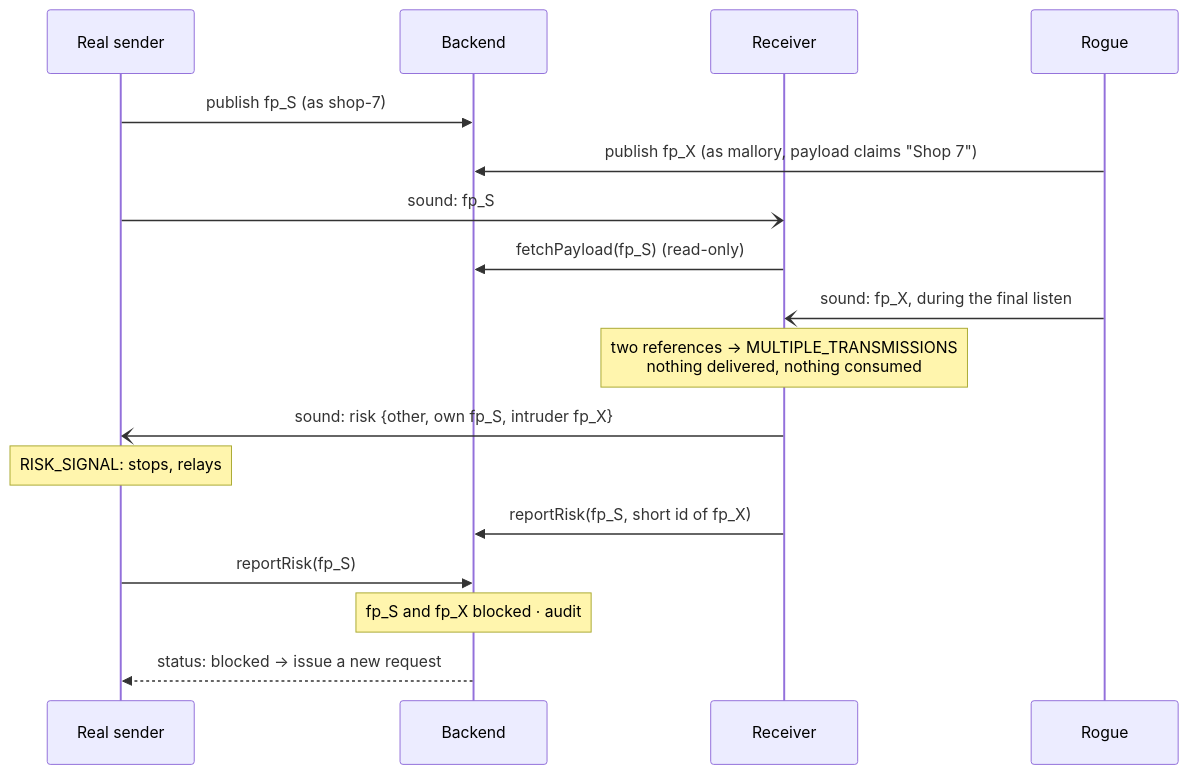
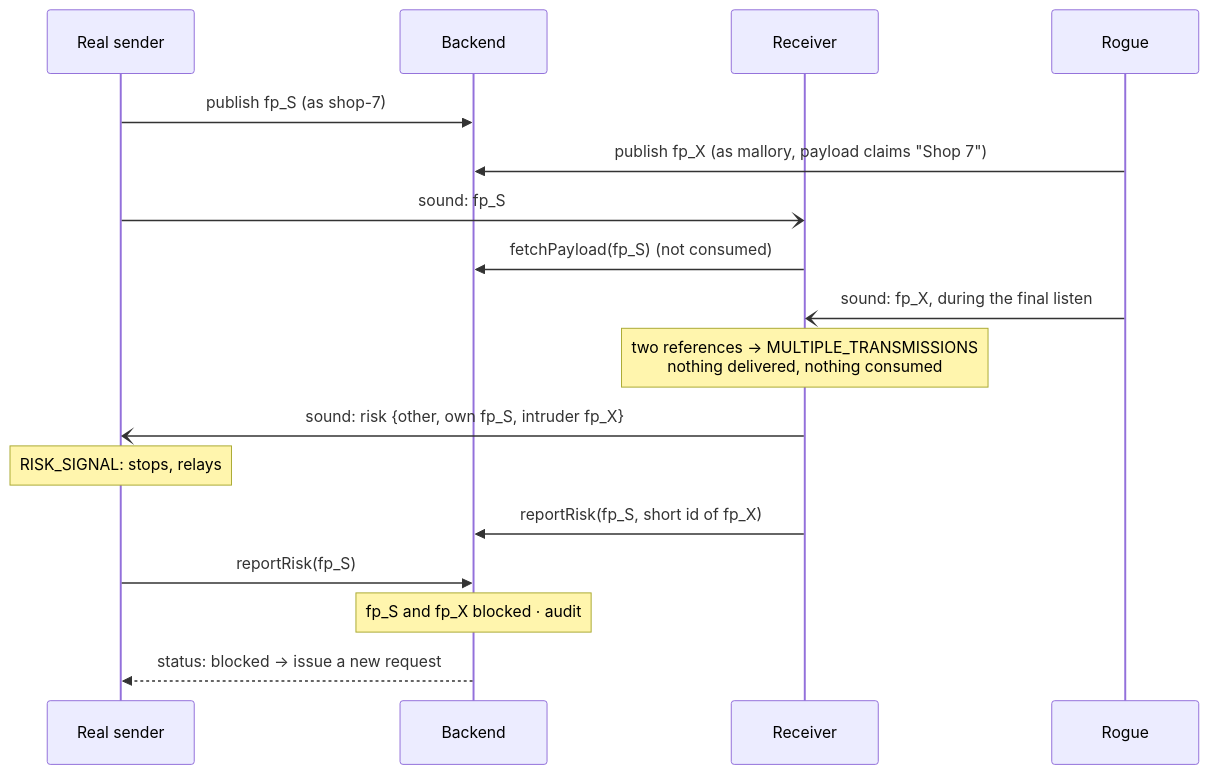
Before and after one commit to beaglecoder/bysound: the second of 2 diagrams in docs/SECURITY.md, drawn with Mermaid. The commit also changed other lines of this file and 8 other files, not shown here.

````diff
--- a/docs/SECURITY.md
+++ b/docs/SECURITY.md
@@ -147,19 +147,19 @@
 ```mermaid
 sequenceDiagram
   participant S as Real sender
   participant B as Backend
   participant R as Receiver
   participant X as Rogue
   S->>B: publish fp_S (as shop-7)
   X->>B: publish fp_X (as mallory, payload claims "Shop 7")
   S-)R: sound: fp_S
-  R->>B: fetchPayload(fp_S) (read-only)
+  R->>B: fetchPayload(fp_S) (not consumed)
   X-)R: sound: fp_X, during the final listen
   Note over R: two references → MULTIPLE_TRANSMISSIONS<br/>nothing delivered, nothing consumed
   R-)S: sound: risk {other, own fp_S, intruder fp_X}
   Note over S: RISK_SIGNAL: stops, relays
   R->>B: reportRisk(fp_S, short id of fp_X)
   S->>B: reportRisk(fp_S)
   Note over B: fp_S and fp_X blocked · audit
   B-->>S: status: blocked → issue a new request
 ```
````
